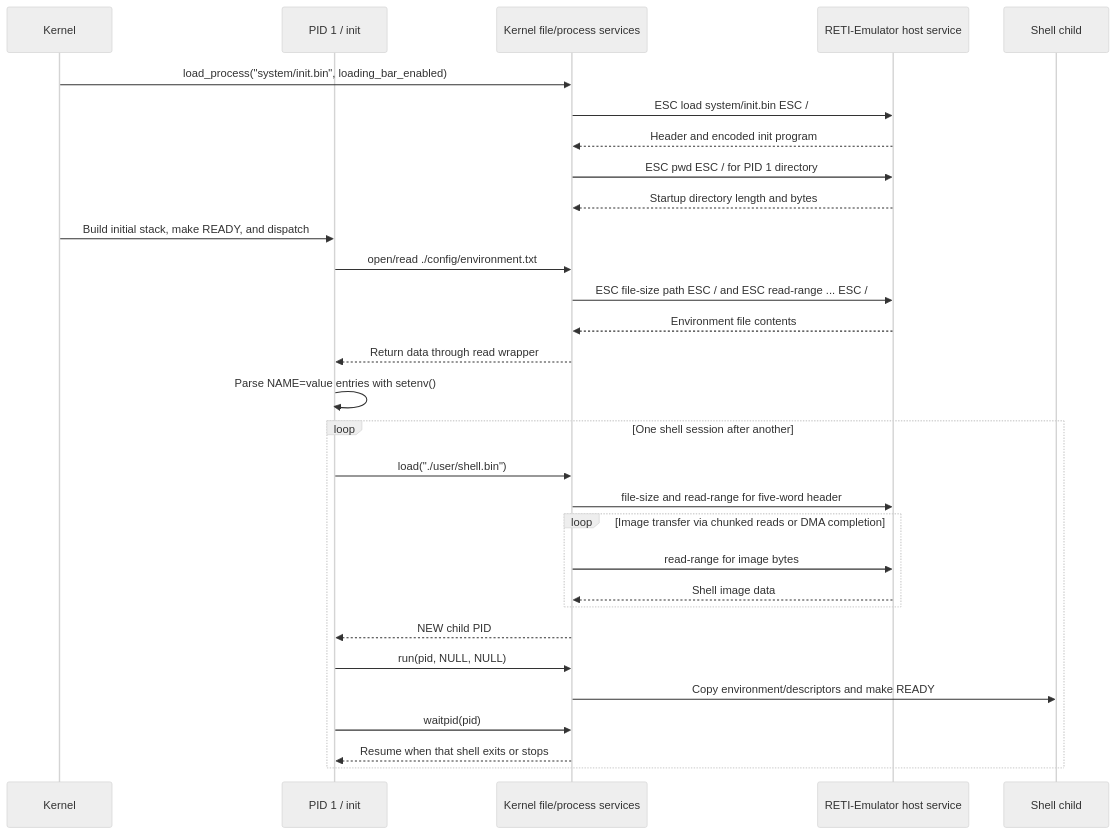
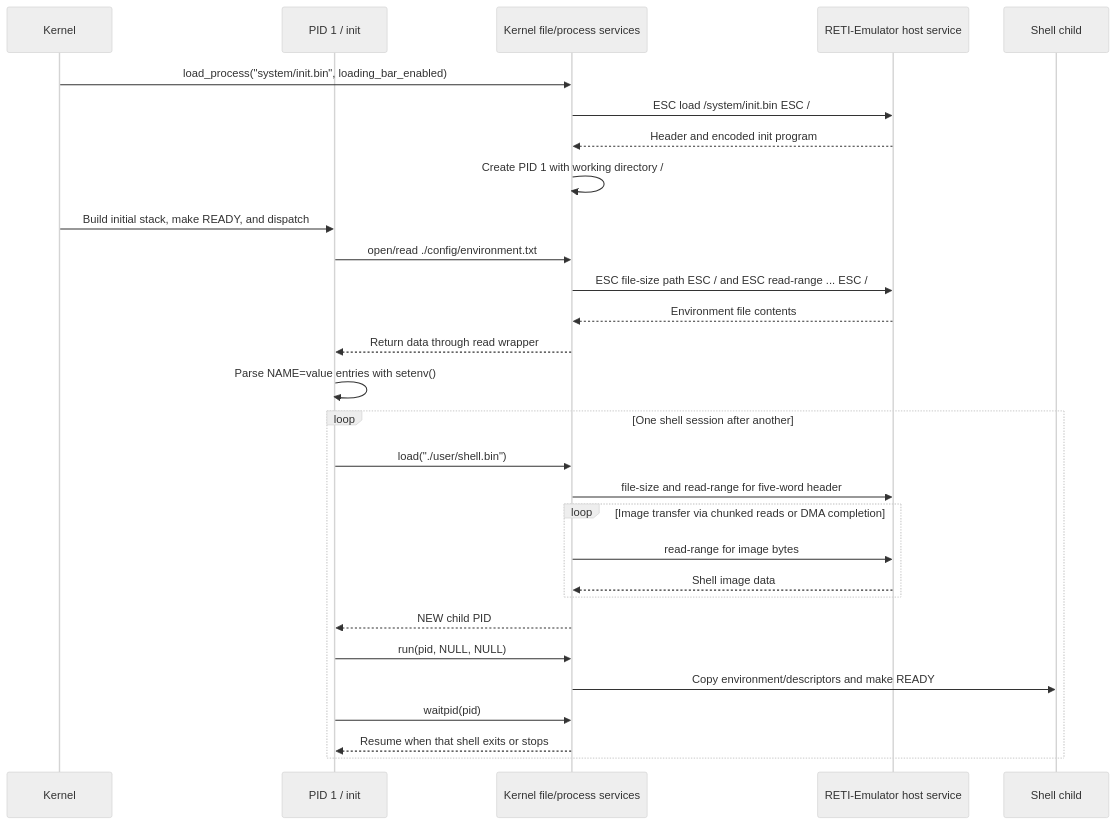
Diagram 24 of 30 in README.md (matthejue/Pico-OS), drawn with Mermaid (neutral theme) before and after one commit. The commit also changed other lines of this file, not shown here.

Commit message:
updated the README for PicoOS’s sandboxed root, PID 1 path resolution, and current path-helper behavior. Corrected the init sequence, filesystem wording, directory-list ordering, and inconsistent test counts.

````diff
--- a/README.md
+++ b/README.md
@@ -3592,33 +3592,32 @@
 ```mermaid
 sequenceDiagram
     participant K as Kernel
     participant Init as PID 1 / init
     participant F as Kernel file/process services
     participant H as RETI-Emulator host service
     participant S as Shell child
 
     K->>F: load_process("system/init.bin", loading_bar_enabled)
-    F->>H: ESC load system/init.bin ESC /
+    F->>H: ESC load /system/init.bin ESC /
     H-->>F: Header and encoded init program
-    F->>H: ESC pwd ESC / for PID 1 directory
-    H-->>F: Startup directory length and bytes
+    F->>F: Create PID 1 with working directory /
     K->>Init: Build initial stack, make READY, and dispatch
     Init->>F: open/read ./config/environment.txt
     F->>H: ESC file-size path ESC / and ESC read-range ... ESC /
     H-->>F: Environment file contents
     F-->>Init: Return data through read wrapper
     Init->>Init: Parse NAME=value entries with setenv()
     loop One shell session after another
         Init->>F: load("./user/shell.bin")
         F->>H: file-size and read-range for five-word header
         loop Image transfer via chunked reads or DMA completion
             F->>H: read-range for image bytes
             H-->>F: Shell image data
         end
         F-->>Init: NEW child PID
         Init->>F: run(pid, NULL, NULL)
         F->>S: Copy environment/descriptors and make READY
         Init->>F: waitpid(pid)
         F-->>Init: Resume when that shell exits or stops
     end
 ```
````
